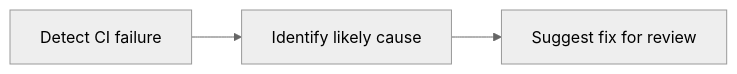
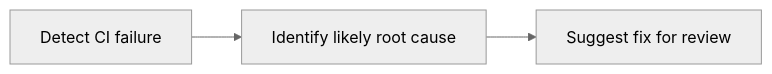
One commit to githubnext/gh-aw changed the diagram in docs/src/content/docs/gallery/ci-failure-investigation.md. Above: the diagram before and after it, drawn with Mermaid (neutral theme). The commit also changed other lines of this file and 3 other files, not shown here.

First line of the commit message:
docs: use likely root cause consistently for CI Doctor

````diff
--- a/docs/src/content/docs/gallery/ci-failure-investigation.md
+++ b/docs/src/content/docs/gallery/ci-failure-investigation.md
@@ -14,5 +14,5 @@
 ```mermaid
 flowchart LR
-	A[Detect CI failure] --> B[Identify likely cause]
+	A[Detect CI failure] --> B[Identify likely root cause]
 	B --> C[Suggest fix for review]
 ```
````
